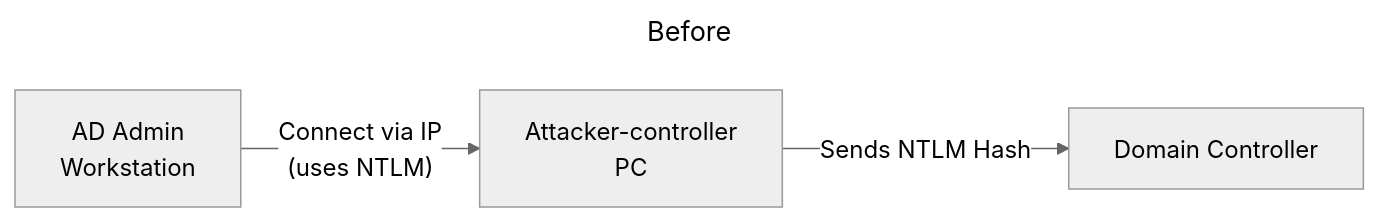
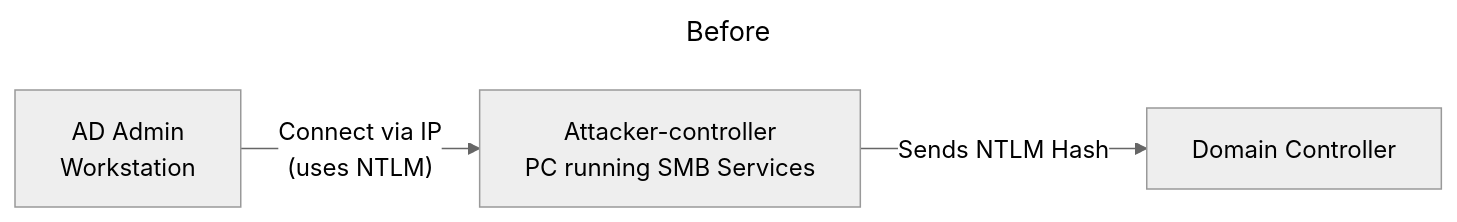
One commit to TrimarcJake/pug-snippets changed the first of 2 diagrams in diagrams/NoNTLM.md. Above: the diagram before and after it, drawn with Mermaid (neutral theme). The commit also changed other lines of this file and 1 other file, not shown here.

Commit message:
DIAGRAMS

````diff
--- a/diagrams/NoNTLM.md
+++ b/diagrams/NoNTLM.md
@@ -1,8 +1,8 @@
 ``` mermaid
 ---
 title: Before
 ---
 flowchart LR
-  ADAPC[AD Admin\nWorkstation] -- Connect via IP\n(uses NTLM) --> AttackerPC[Attacker-controller\nPC]
+  ADAPC[AD Admin\nWorkstation] -- Connect via IP\n(uses NTLM) --> AttackerPC[Attacker-controller\nPC running SMB Services]
   AttackerPC -- Sends NTLM Hash --> DC[Domain Controller]
 ```
````
